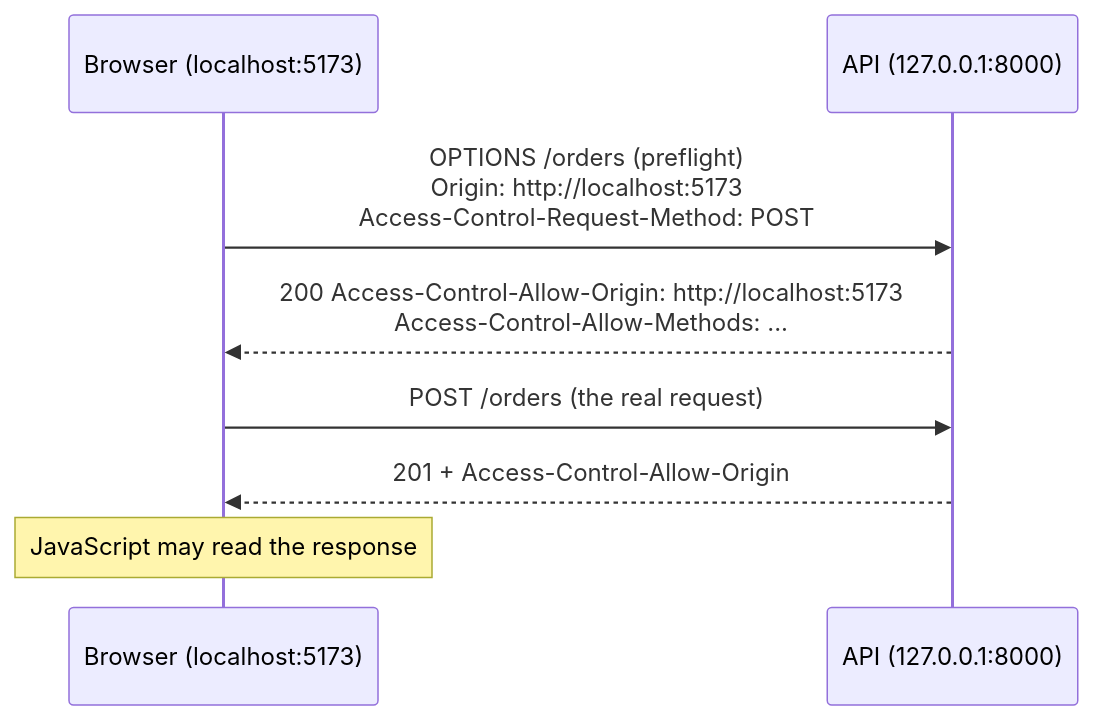
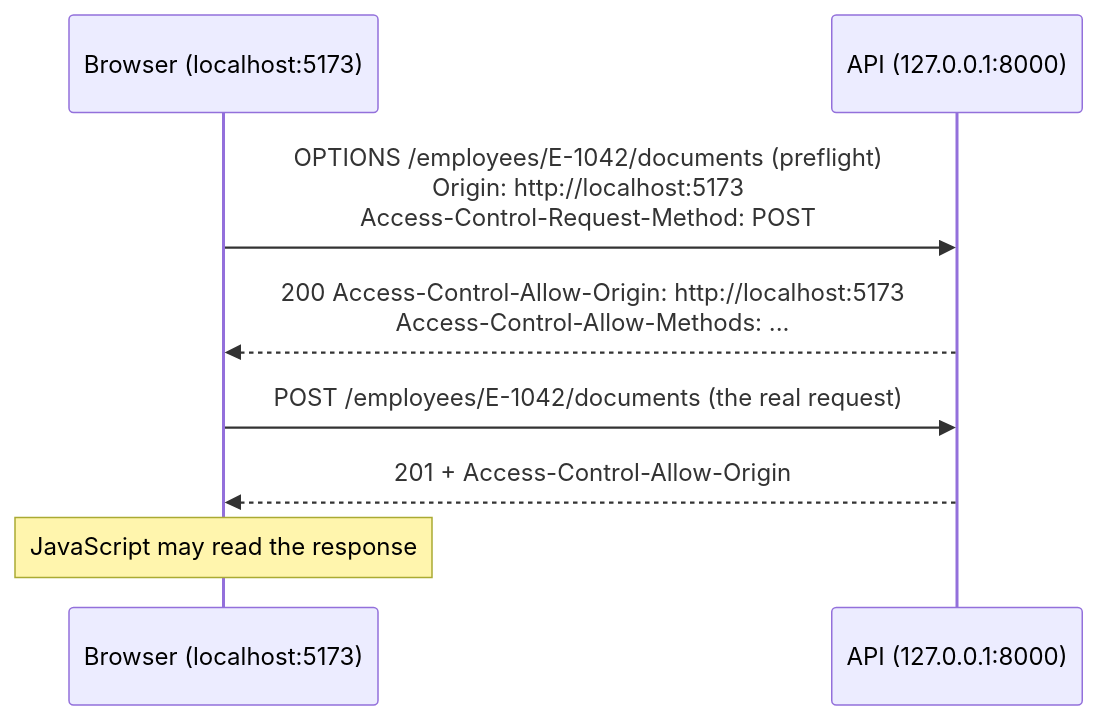
One commit to kyedumati/KASI-FULLSTACK-MATERIAL changed the first of 2 diagrams in docs/python/fastapi/12-cors-middleware-background.md. Above: the diagram before and after it, drawn with Mermaid. The commit also changed other lines of this file and 17 other files, not shown here.

````diff
--- a/docs/python/fastapi/12-cors-middleware-background.md
+++ b/docs/python/fastapi/12-cors-middleware-background.md
@@ -39,10 +40,10 @@
 ```mermaid
 sequenceDiagram
   participant B as Browser (localhost:5173)
   participant A as API (127.0.0.1:8000)
-  B->>A: OPTIONS /orders (preflight)<br/>Origin: http://localhost:5173<br/>Access-Control-Request-Method: POST
+  B->>A: OPTIONS /employees/E-1042/documents (preflight)<br/>Origin: http://localhost:5173<br/>Access-Control-Request-Method: POST
   A-->>B: 200 Access-Control-Allow-Origin: http://localhost:5173<br/>Access-Control-Allow-Methods: ...
-  B->>A: POST /orders (the real request)
+  B->>A: POST /employees/E-1042/documents (the real request)
   A-->>B: 201 + Access-Control-Allow-Origin
   Note over B: JavaScript may read the response
 ```
````
